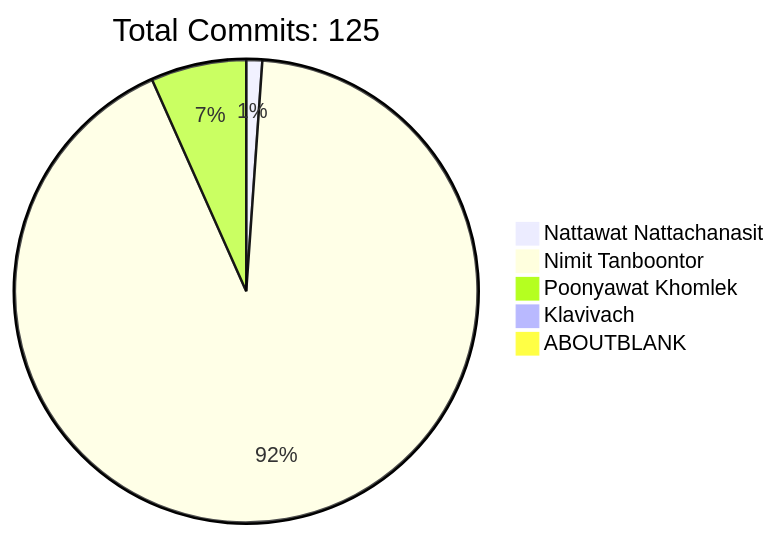
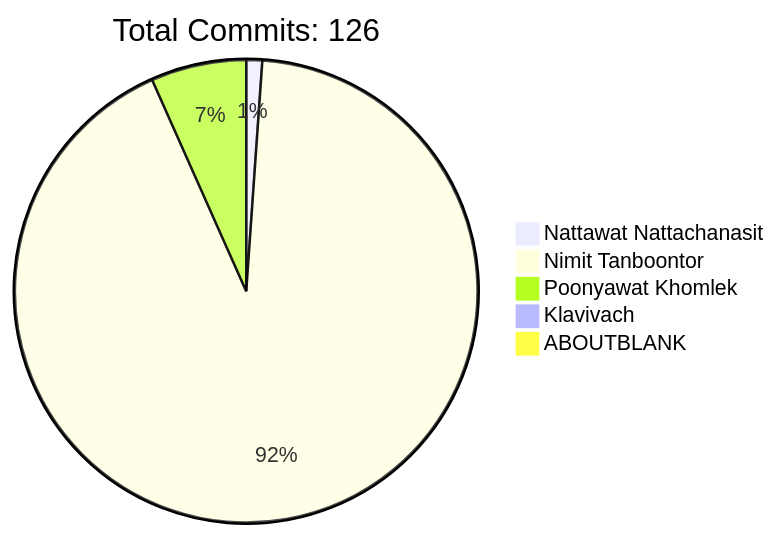
One commit to HLLC-MFU/HLLC-2025 changed the diagram in README.md. Above: the diagram before and after it, drawn with Mermaid. The commit also changed other lines of this file, not shown here.

````diff
--- a/README.md
+++ b/README.md
@@ -170,9 +170,9 @@
 ```mermaid
 pie
-    title Total Commits: 125
+    title Total Commits: 126
     "Nattawat Nattachanasit" : 1
     "Nimit Tanboontor" : 83
     "Poonyawat Khomlek" : 6
     "Klavivach" : 0
     "ABOUTBLANK" : 0
 ```
````
